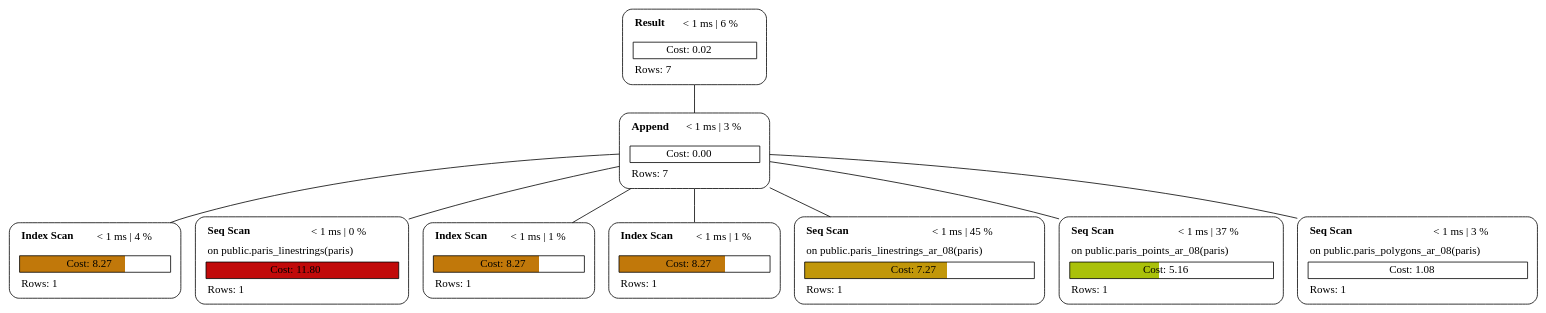
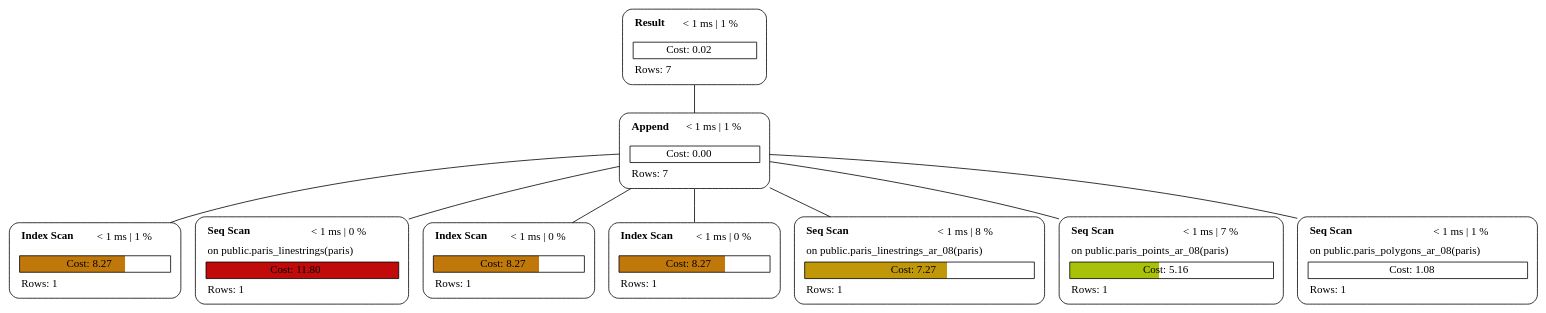
The diagram in examples/plan_3.dot (sanpii/explain), drawn with Graphviz before and after one commit. The commit also changed 3 other files, not shown here.

```diff
--- a/examples/plan_3.dot
+++ b/examples/plan_3.dot
@@ -1,19 +1,19 @@
 graph explain {
-    node0[label=<<table border="0" cellborder="0" cellspacing="5"><tr><td align="left"><b>Result</b></td><td>&lt; 1 ms | 6 %</td></tr><tr><td colspan="2" align="left"></td></tr><tr><td colspan="2" border="1" >Cost: 0.02</td></tr><tr><td colspan="2" align="left">Rows: 7</td></tr></table>>][style="rounded"][shape="box"];
-    node1[label=<<table border="0" cellborder="0" cellspacing="5"><tr><td align="left"><b>Append</b></td><td>&lt; 1 ms | 3 %</td></tr><tr><td colspan="2" align="left"></td></tr><tr><td colspan="2" border="1" >Cost: 0.00</td></tr><tr><td colspan="2" align="left">Rows: 7</td></tr></table>>][style="rounded"][shape="box"];
-    node2[label=<<table border="0" cellborder="0" cellspacing="5"><tr><td align="left"><b>Index Scan</b></td><td>&lt; 1 ms | 4 %</td></tr><tr><td colspan="2" align="left"></td></tr><tr><td colspan="2" border="1" bgcolor="#c1780a;0.70:white">Cost: 8.27</td></tr><tr><td colspan="2" align="left">Rows: 1</td></tr></table>>][style="rounded"][shape="box"];
+    node0[label=<<table border="0" cellborder="0" cellspacing="5"><tr><td align="left"><b>Result</b></td><td>&lt; 1 ms | 1 %</td></tr><tr><td colspan="2" align="left"></td></tr><tr><td colspan="2" border="1" >Cost: 0.02</td></tr><tr><td colspan="2" align="left">Rows: 7</td></tr></table>>][style="rounded"][shape="box"];
+    node1[label=<<table border="0" cellborder="0" cellspacing="5"><tr><td align="left"><b>Append</b></td><td>&lt; 1 ms | 1 %</td></tr><tr><td colspan="2" align="left"></td></tr><tr><td colspan="2" border="1" >Cost: 0.00</td></tr><tr><td colspan="2" align="left">Rows: 7</td></tr></table>>][style="rounded"][shape="box"];
+    node2[label=<<table border="0" cellborder="0" cellspacing="5"><tr><td align="left"><b>Index Scan</b></td><td>&lt; 1 ms | 1 %</td></tr><tr><td colspan="2" align="left"></td></tr><tr><td colspan="2" border="1" bgcolor="#c1780a;0.70:white">Cost: 8.27</td></tr><tr><td colspan="2" align="left">Rows: 1</td></tr></table>>][style="rounded"][shape="box"];
     node3[label=<<table border="0" cellborder="0" cellspacing="5"><tr><td align="left"><b>Seq Scan</b></td><td>&lt; 1 ms | 0 %</td></tr><tr><td colspan="2" align="left">on public.paris_linestrings(paris)</td></tr><tr><td colspan="2" border="1" bgcolor="#c10a0a">Cost: 11.80</td></tr><tr><td colspan="2" align="left">Rows: 1</td></tr></table>>][style="rounded"][shape="box"];
-    node4[label=<<table border="0" cellborder="0" cellspacing="5"><tr><td align="left"><b>Index Scan</b></td><td>&lt; 1 ms | 1 %</td></tr><tr><td colspan="2" align="left"></td></tr><tr><td colspan="2" border="1" bgcolor="#c1780a;0.70:white">Cost: 8.27</td></tr><tr><td colspan="2" align="left">Rows: 1</td></tr></table>>][style="rounded"][shape="box"];
-    node5[label=<<table border="0" cellborder="0" cellspacing="5"><tr><td align="left"><b>Index Scan</b></td><td>&lt; 1 ms | 1 %</td></tr><tr><td colspan="2" align="left"></td></tr><tr><td colspan="2" border="1" bgcolor="#c1780a;0.70:white">Cost: 8.27</td></tr><tr><td colspan="2" align="left">Rows: 1</td></tr></table>>][style="rounded"][shape="box"];
-    node6[label=<<table border="0" cellborder="0" cellspacing="5"><tr><td align="left"><b>Seq Scan</b></td><td>&lt; 1 ms | 45 %</td></tr><tr><td colspan="2" align="left">on public.paris_linestrings_ar_08(paris)</td></tr><tr><td colspan="2" border="1" bgcolor="#c1970a;0.62:white">Cost: 7.27</td></tr><tr><td colspan="2" align="left">Rows: 1</td></tr></table>>][style="rounded"][shape="box"];
-    node7[label=<<table border="0" cellborder="0" cellspacing="5"><tr><td align="left"><b>Seq Scan</b></td><td>&lt; 1 ms | 37 %</td></tr><tr><td colspan="2" align="left">on public.paris_points_ar_08(paris)</td></tr><tr><td colspan="2" border="1" bgcolor="#aac10a;0.44:white">Cost: 5.16</td></tr><tr><td colspan="2" align="left">Rows: 1</td></tr></table>>][style="rounded"][shape="box"];
-    node8[label=<<table border="0" cellborder="0" cellspacing="5"><tr><td align="left"><b>Seq Scan</b></td><td>&lt; 1 ms | 3 %</td></tr><tr><td colspan="2" align="left">on public.paris_polygons_ar_08(paris)</td></tr><tr><td colspan="2" border="1" >Cost: 1.08</td></tr><tr><td colspan="2" align="left">Rows: 1</td></tr></table>>][style="rounded"][shape="box"];
+    node4[label=<<table border="0" cellborder="0" cellspacing="5"><tr><td align="left"><b>Index Scan</b></td><td>&lt; 1 ms | 0 %</td></tr><tr><td colspan="2" align="left"></td></tr><tr><td colspan="2" border="1" bgcolor="#c1780a;0.70:white">Cost: 8.27</td></tr><tr><td colspan="2" align="left">Rows: 1</td></tr></table>>][style="rounded"][shape="box"];
+    node5[label=<<table border="0" cellborder="0" cellspacing="5"><tr><td align="left"><b>Index Scan</b></td><td>&lt; 1 ms | 0 %</td></tr><tr><td colspan="2" align="left"></td></tr><tr><td colspan="2" border="1" bgcolor="#c1780a;0.70:white">Cost: 8.27</td></tr><tr><td colspan="2" align="left">Rows: 1</td></tr></table>>][style="rounded"][shape="box"];
+    node6[label=<<table border="0" cellborder="0" cellspacing="5"><tr><td align="left"><b>Seq Scan</b></td><td>&lt; 1 ms | 8 %</td></tr><tr><td colspan="2" align="left">on public.paris_linestrings_ar_08(paris)</td></tr><tr><td colspan="2" border="1" bgcolor="#c1970a;0.62:white">Cost: 7.27</td></tr><tr><td colspan="2" align="left">Rows: 1</td></tr></table>>][style="rounded"][shape="box"];
+    node7[label=<<table border="0" cellborder="0" cellspacing="5"><tr><td align="left"><b>Seq Scan</b></td><td>&lt; 1 ms | 7 %</td></tr><tr><td colspan="2" align="left">on public.paris_points_ar_08(paris)</td></tr><tr><td colspan="2" border="1" bgcolor="#aac10a;0.44:white">Cost: 5.16</td></tr><tr><td colspan="2" align="left">Rows: 1</td></tr></table>>][style="rounded"][shape="box"];
+    node8[label=<<table border="0" cellborder="0" cellspacing="5"><tr><td align="left"><b>Seq Scan</b></td><td>&lt; 1 ms | 1 %</td></tr><tr><td colspan="2" align="left">on public.paris_polygons_ar_08(paris)</td></tr><tr><td colspan="2" border="1" >Cost: 1.08</td></tr><tr><td colspan="2" align="left">Rows: 1</td></tr></table>>][style="rounded"][shape="box"];
     node0 -- node1[label=""];
     node1 -- node2[label=""];
     node1 -- node3[label=""];
     node1 -- node4[label=""];
     node1 -- node5[label=""];
     node1 -- node6[label=""];
     node1 -- node7[label=""];
     node1 -- node8[label=""];
 }
```
